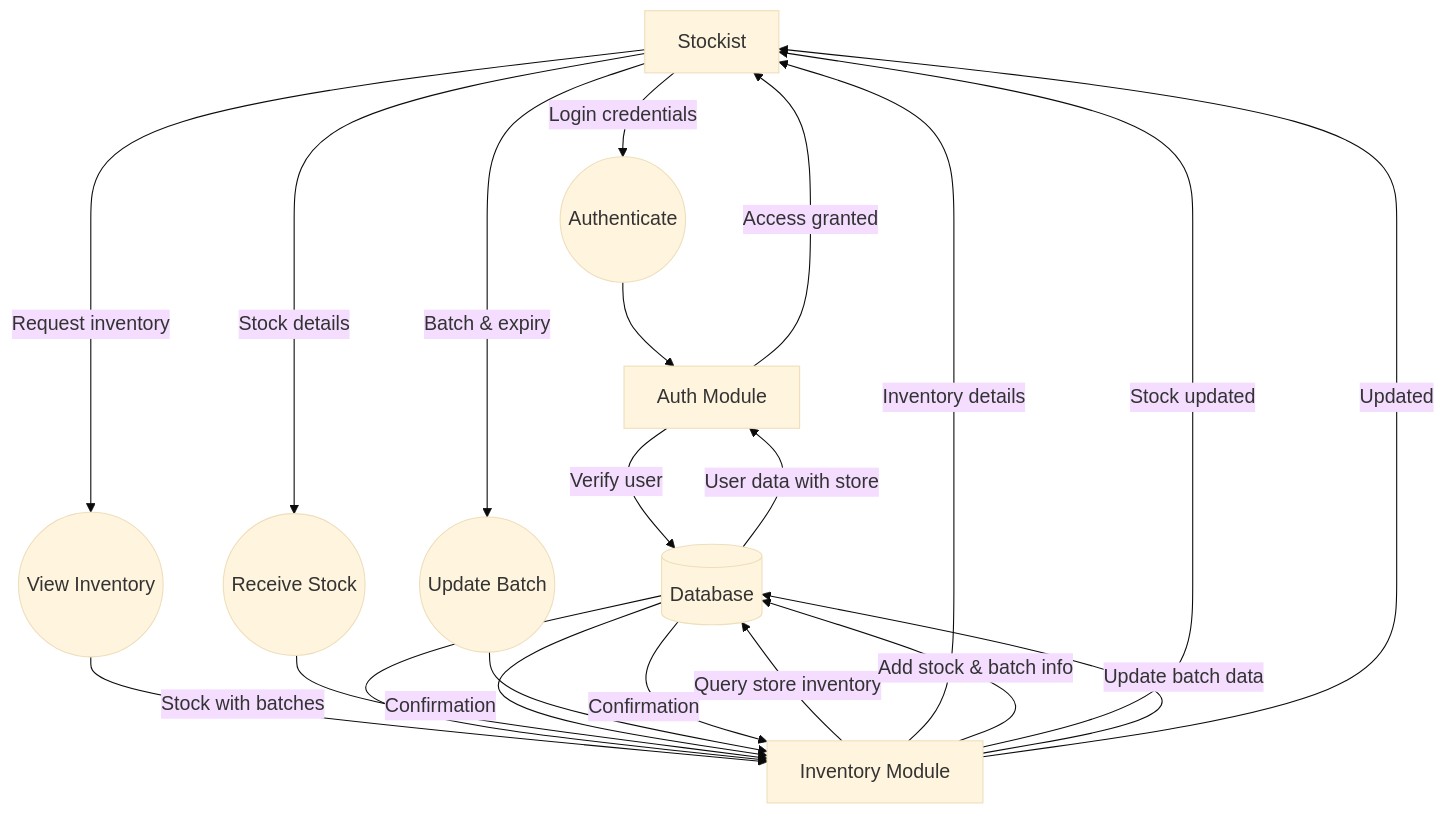
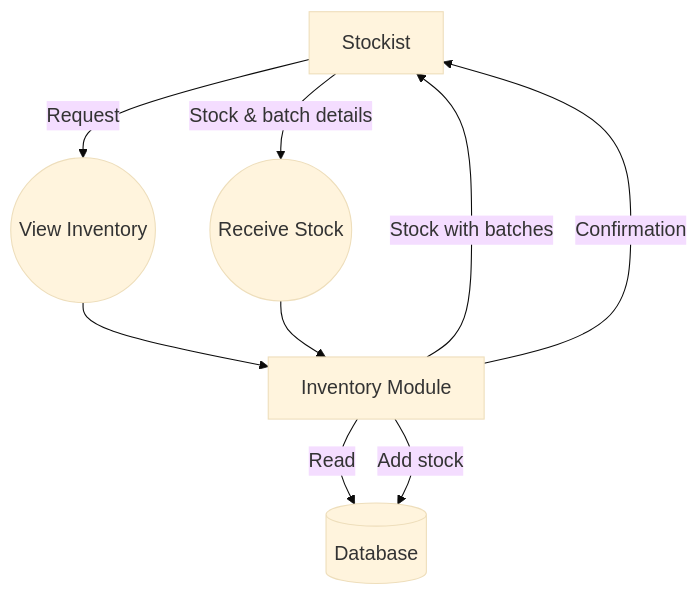
Before and after one commit to rohitagarwal-gkmit/retailpulse-docs: the fourth of 5 diagrams in docs/technical/data_flow.md, drawn with Mermaid. The commit also changed other lines of this file and 2 other files, not shown here.

Commit message:
[feat]: Enhance documentation for authentication flow, data flow diagrams, and database schema with improved clarity and formatting

````diff
--- a/docs/technical/data_flow.md
+++ b/docs/technical/data_flow.md
@@ -134,27 +94,13 @@
 ```mermaid
 %%{init: {'theme':'base', 'themeVariables': { 'fontSize':'18px', 'fontFamily':'Arial'}}}%%
 flowchart TD
-    Stockist[Stockist] -->|Login credentials| P1((Authenticate))
-    P1 --> Auth[Auth Module]
-    Auth -->|Verify user| DB[(Database)]
-    DB -->|User data with store| Auth
-    Auth -->|Access granted| Stockist
+    Stockist[Stockist] -->|Request| P1((View Inventory))
+    P1 --> Inv[Inventory Module]
+    Inv -->|Read| DB[(Database)]
+    Inv -->|Stock with batches| Stockist
     
-    Stockist -->|Request inventory| P2((View Inventory))
-    P2 --> Inv[Inventory Module]
-    Inv -->|Query store inventory| DB
-    DB -->|Stock with batches| Inv
-    Inv -->|Inventory details| Stockist
-    
-    Stockist -->|Stock details| P3((Receive Stock))
-    P3 --> Inv
-    Inv -->|Add stock & batch info| DB
-    DB -->|Confirmation| Inv
-    Inv -->|Stock updated| Stockist
-    
-    Stockist -->|Batch & expiry| P4((Update Batch))
-    P4 --> Inv
-    Inv -->|Update batch data| DB
-    DB -->|Confirmation| Inv
-    Inv -->|Updated| Stockist
+    Stockist -->|Stock & batch details| P2((Receive Stock))
+    P2 --> Inv
+    Inv -->|Add stock| DB
+    Inv -->|Confirmation| Stockist
 ```
````
